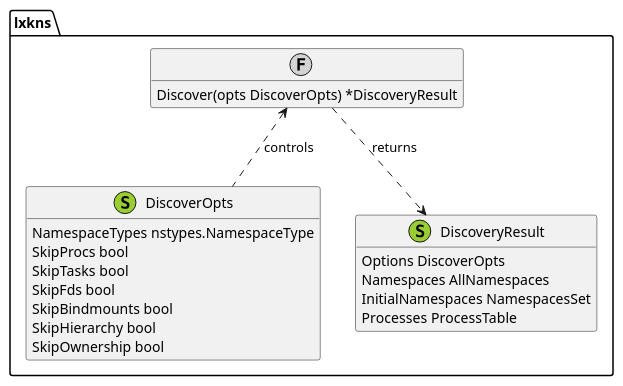
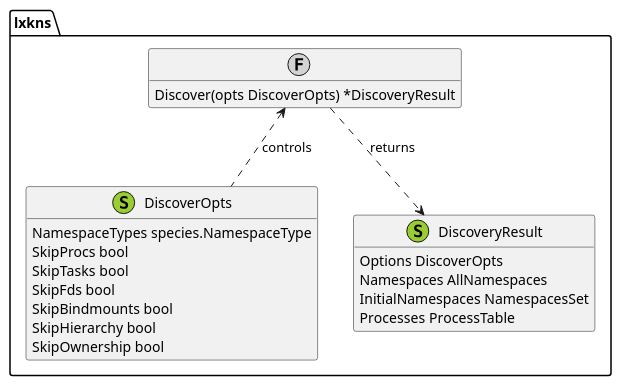
Before and after one commit to thediveo/lxkns: the diagram in docs/uml/namespaces-discovery-uml.md, drawn with PlantUML. The commit also changed 37 other files, not shown here.

````diff
--- a/docs/uml/namespaces-discovery-uml.md
+++ b/docs/uml/namespaces-discovery-uml.md
@@ -1,33 +1,33 @@
 ```plantuml
 hide empty fields
 hide empty methods
 
 namespace lxkns {
   
   class Discover as " " <<(F,LightGray)>> {
     Discover(opts DiscoverOpts) *DiscoveryResult
   }
   
   Discover <.. DiscoverOpts : "controls"
   Discover ..> DiscoveryResult : "returns"
   
   class "DiscoverOpts" <<(S,YellowGreen)>> {
-    NamespaceTypes nstypes.NamespaceType
+    NamespaceTypes species.NamespaceType
     SkipProcs bool
     SkipTasks bool
     SkipFds bool
     SkipBindmounts bool
     SkipHierarchy bool
     SkipOwnership bool
   }
   
   class "DiscoveryResult" <<(S,YellowGreen)>> {
     Options DiscoverOpts
     Namespaces AllNamespaces
     InitialNamespaces NamespacesSet
     ' TODO: Root(s)
     Processes ProcessTable
   }
   
 }
 ```
````
